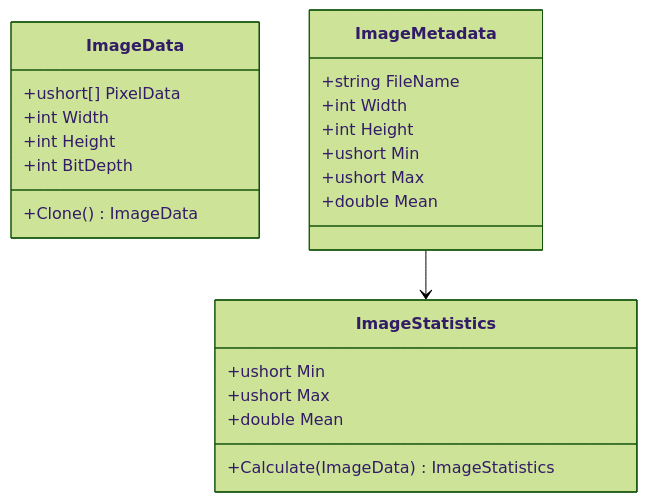
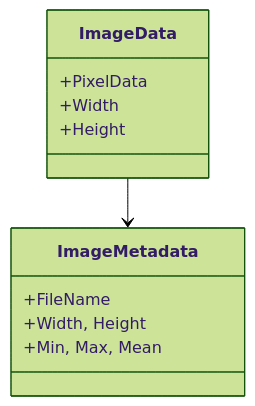
One commit to Anoopa-kedila/ImageReviewer changed the second of 10 diagrams in ARCHITECTURE.md. Above: the diagram before and after it, drawn with Mermaid (forest theme). The commit also changed other lines of this file, not shown here.

First line of the commit message:
Simplify diagrams to look more human-made

````diff
--- a/ARCHITECTURE.md
+++ b/ARCHITECTURE.md
@@ -89,28 +89,16 @@
 ```mermaid
 classDiagram
     class ImageData {
-        +ushort[] PixelData
-        +int Width
-        +int Height
-        +int BitDepth
-        +Clone() ImageData
+        +PixelData
+        +Width
+        +Height
     }
 
     class ImageMetadata {
-        +string FileName
-        +int Width
-        +int Height
-        +ushort Min
-        +ushort Max
-        +double Mean
+        +FileName
+        +Width, Height
+        +Min, Max, Mean
     }
 
-    class ImageStatistics {
-        +ushort Min
-        +ushort Max
-        +double Mean
-        +Calculate(ImageData) ImageStatistics
-    }
-
-    ImageMetadata --> ImageStatistics
+    ImageData --> ImageMetadata
 ```
````
